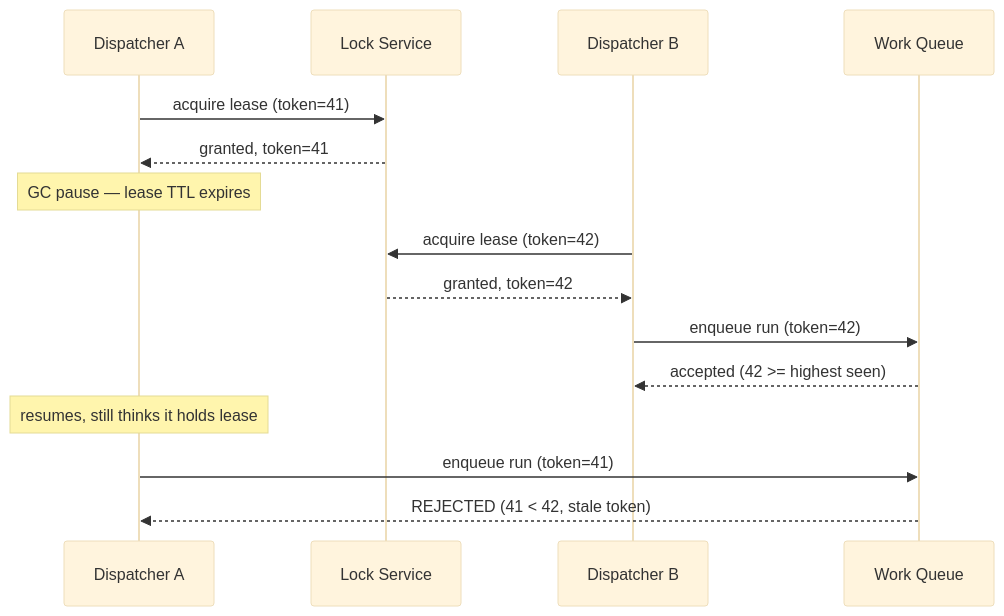
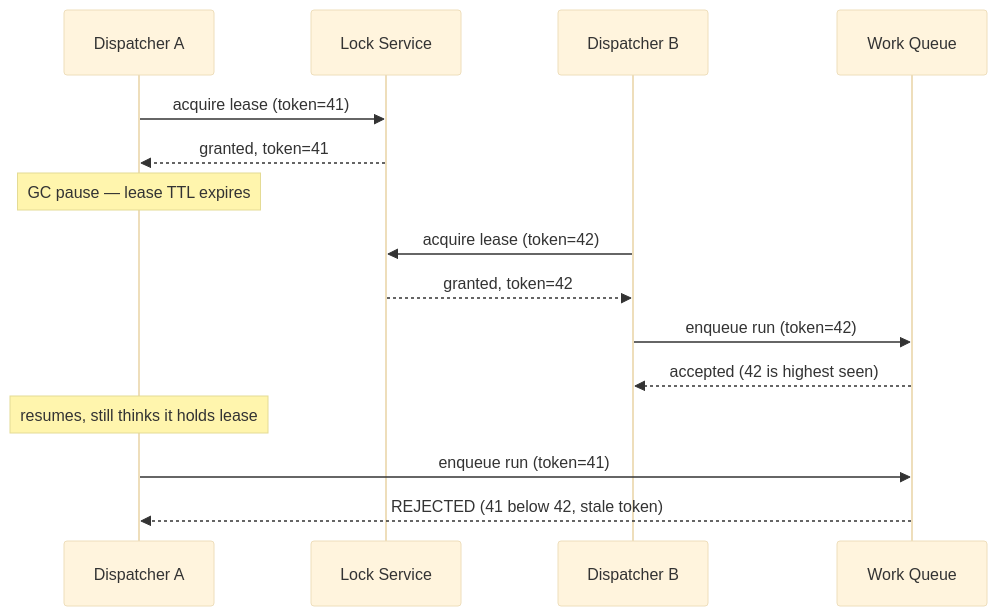
The fourth of 6 diagrams in LLD/questions/Design Job Scheduler.md (cartmancodes/InterviewVault), drawn with Mermaid (base theme) before and after one commit. The commit also changed other lines of this file and 54 other files, not shown here.

````diff
--- a/LLD/questions/Design Job Scheduler.md
+++ b/LLD/questions/Design Job Scheduler.md
@@ -246,18 +246,18 @@
 ```mermaid
 sequenceDiagram
     participant A as Dispatcher A
     participant L as Lock Service
     participant B as Dispatcher B
     participant Q as Work Queue
 
     A->>L: acquire lease (token=41)
     L-->>A: granted, token=41
     Note over A: GC pause — lease TTL expires
     B->>L: acquire lease (token=42)
     L-->>B: granted, token=42
     B->>Q: enqueue run (token=42)
-    Q-->>B: accepted (42 >= highest seen)
+    Q-->>B: accepted (42 is highest seen)
     Note over A: resumes, still thinks it holds lease
     A->>Q: enqueue run (token=41)
-    Q-->>A: REJECTED (41 < 42, stale token)
+    Q-->>A: REJECTED (41 below 42, stale token)
 ```
````
